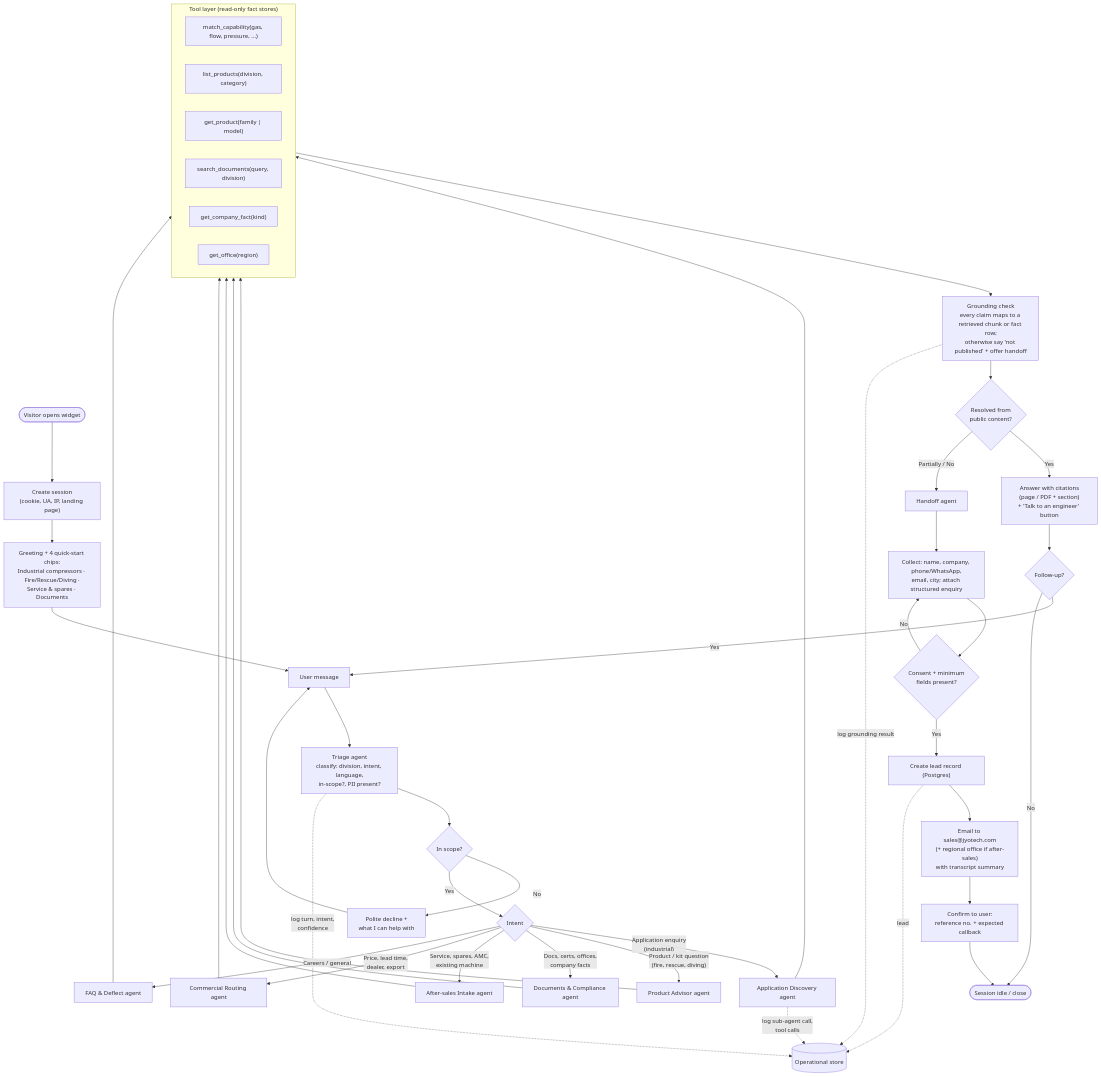
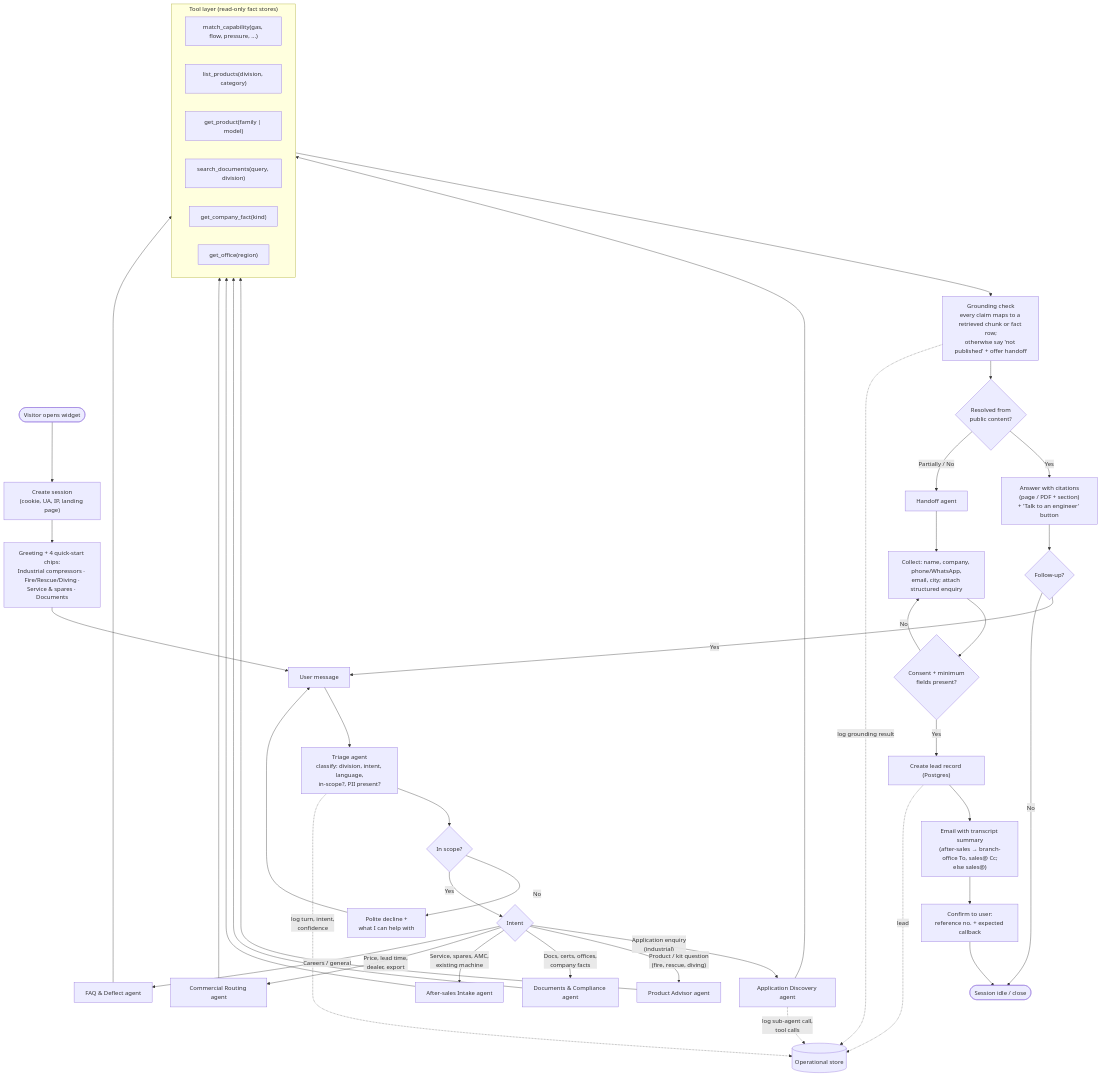
One commit to arnab4892/project-venus changed the third of 5 diagrams in docs/design/flow.md. Above: the diagram before and after it, drawn with Mermaid. The commit also changed 5 other files, not shown here.

````diff
--- a/docs/design/flow.md
+++ b/docs/design/flow.md
@@ -111,57 +111,57 @@
 ```mermaid
 flowchart TD
     S0(["Visitor opens widget"]) --> S1["Create session<br/>(cookie, UA, IP, landing page)"]
     S1 --> S2["Greeting + 4 quick-start chips:<br/>Industrial compressors · Fire/Rescue/Diving ·<br/>Service & spares · Documents"]
     S2 --> U["User message"]
 
     U --> T["Triage agent<br/>classify: division, intent, language,<br/>in-scope?, PII present?"]
     T --> G1{"In scope?"}
     G1 -->|No| OOS["Polite decline +<br/>what I can help with"] --> U
     G1 -->|Yes| G2{"Intent"}
 
     G2 -->|"Application enquiry<br/>(industrial)"| A1["Application Discovery agent"]
     G2 -->|"Product / kit question<br/>(fire, rescue, diving)"| A2["Product Advisor agent"]
     G2 -->|"Docs, certs, offices,<br/>company facts"| A3["Documents & Compliance agent"]
     G2 -->|"Service, spares, AMC,<br/>existing machine"| A4["After-sales Intake agent"]
     G2 -->|"Price, lead time,<br/>dealer, export"| A5["Commercial Routing agent"]
     G2 -->|"Careers / general"| A6["FAQ & Deflect agent"]
 
     A1 --> TOOLS
     A2 --> TOOLS
     A3 --> TOOLS
     A4 --> TOOLS
     A5 --> TOOLS
     A6 --> TOOLS
 
     subgraph TOOLS["Tool layer (read-only fact stores)"]
         direction LR
         t1["match_capability(gas, flow, pressure, ...)"]
         t2["list_products(division, category)"]
         t3["get_product(family | model)"]
         t4["search_documents(query, division)"]
         t5["get_company_fact(kind)"]
         t6["get_office(region)"]
     end
 
     TOOLS --> V["Grounding check<br/>every claim maps to a retrieved chunk or fact row;<br/>otherwise say 'not published' + offer handoff"]
     V --> R{"Resolved from<br/>public content?"}
     R -->|Yes| ANS["Answer with citations<br/>(page / PDF + section)<br/>+ 'Talk to an engineer' button"]
     R -->|Partially / No| HO["Handoff agent"]
 
     ANS --> FU{"Follow-up?"}
     FU -->|Yes| U
     FU -->|No| END(["Session idle / close"])
 
     HO --> L1["Collect: name, company, phone/WhatsApp,<br/>email, city; attach structured enquiry"]
     L1 --> L2{"Consent + minimum<br/>fields present?"}
     L2 -->|No| L1
     L2 -->|Yes| L3["Create lead record (Postgres)"]
-    L3 --> L4["Email to sales@jyotech.com<br/>(+ regional office if after-sales)<br/>with transcript summary"]
+    L3 --> L4["Email with transcript summary<br/>(after-sales → branch-office To, sales@ Cc;<br/>else sales@)"]
     L4 --> L5["Confirm to user:<br/>reference no. + expected callback"]
     L5 --> END
 
     T -. "log turn, intent,<br/>confidence" .-> DB[("Operational store")]
     A1 -. "log sub-agent call,<br/>tool calls" .-> DB
     V -. "log grounding result" .-> DB
     L3 -. "lead" .-> DB
 ```
````
